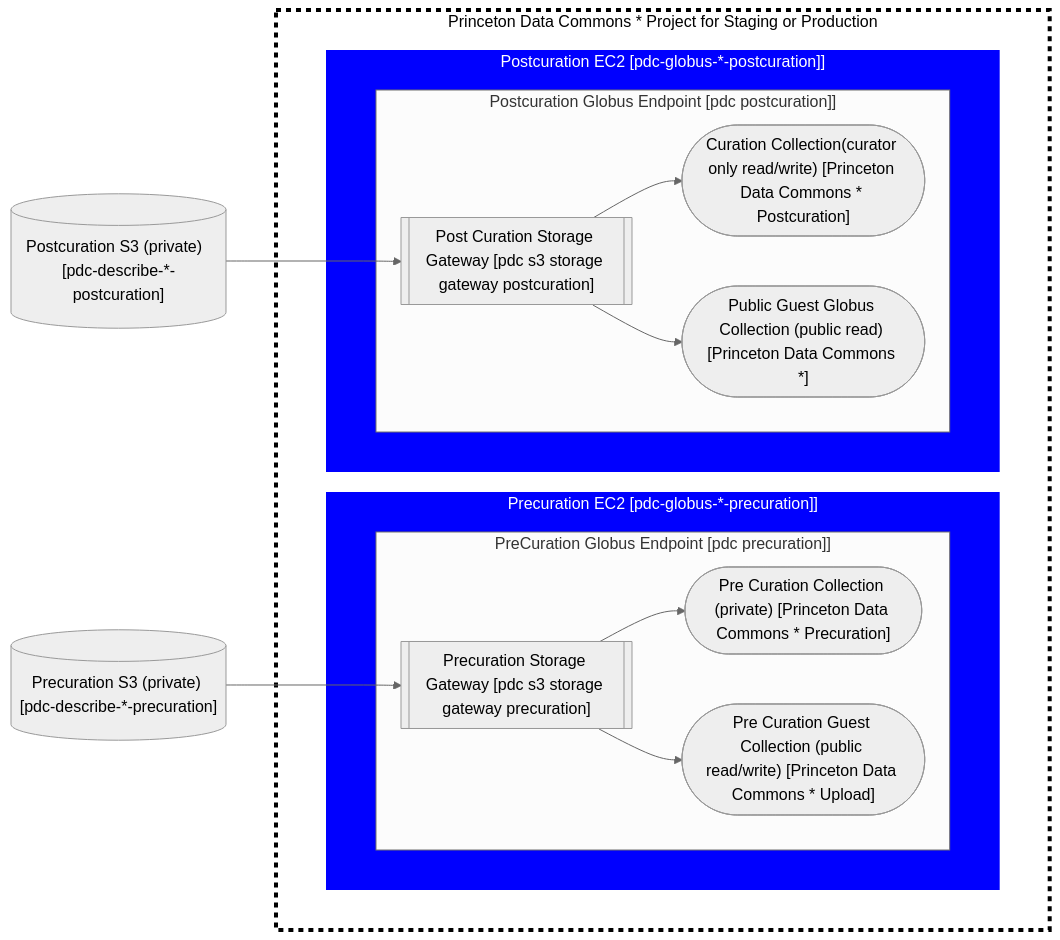
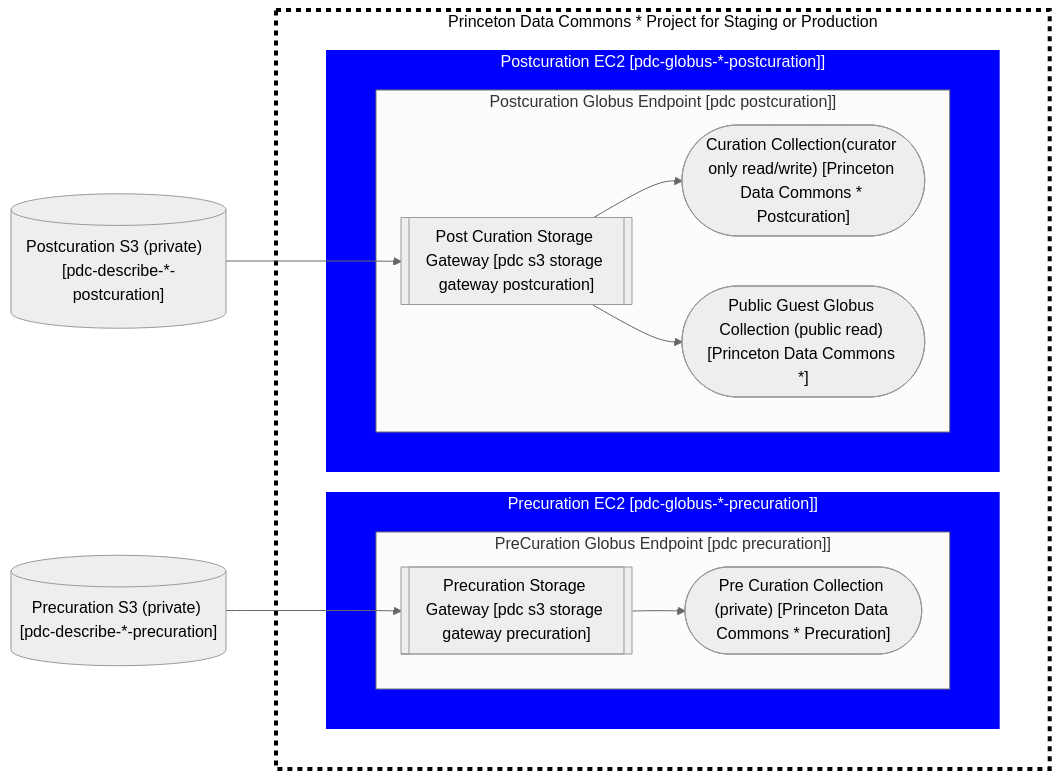
The diagram in globus.md (pulibrary/rdss-handbook), drawn with Mermaid (neutral theme) before and after one commit. The commit also changed other lines of this file, not shown here.

First line of the commit message:
Remove the public globus read/write collection for pre curation upload

````diff
--- a/globus.md
+++ b/globus.md
@@ -44,31 +44,30 @@
 ```mermaid
   graph LR;
       S31[("Precuration S3 (private) [pdc-describe-*-precuration]")]-->SG1
          S32[("Postcuration S3 (private)  [pdc-describe-*-postcuration]")]-->SG2
       subgraph project ["Princeton Data Commons * Project for Staging or Production"]
       subgraph project_space [" "]
       style project fill:#fff,stroke:#000,stroke-width:4px,color:#000,stroke-dasharray: 5 5
       style project_space fill:#fff,stroke:#000,stroke-width:0px
          subgraph EC2 ["Precuration EC2  [pdc-globus-*-precuration]]"]
          subgraph ec2_sp [" "]
             subgraph "PreCuration Globus Endpoint [pdc precuration]]"
                SG1[["Precuration Storage Gateway [pdc s3 storage gateway precuration]"]]-->B(["Pre Curation Collection (private) [Princeton Data Commons * Precuration]"])
-               SG1-->F(["Pre Curation Guest Collection (public read/write) [Princeton Data Commons * Upload]"]);
             end
          end
          end
          subgraph EC2a ["Postcuration EC2 [pdc-globus-*-postcuration]]"]
          subgraph ec2a_sp [" "]
             subgraph "Postcuration Globus Endpoint [pdc postcuration]]"
                SG2[["Post Curation Storage Gateway [pdc s3 storage gateway postcuration]"]]-->D(["Curation Collection(curator only read/write) [Princeton Data Commons * Postcuration]"]);
                SG2-->E(["Public Guest Globus Collection (public read) [Princeton Data Commons *]"]);
             end
          end
          end
       end
    end
 
    classDef ecclass fill:#00f,stroke:#00f,stroke-width:0px,color:#fff;
    class EC2,EC2a,ec2_sp,ec2a_sp ecclass;
 
 ```
````
